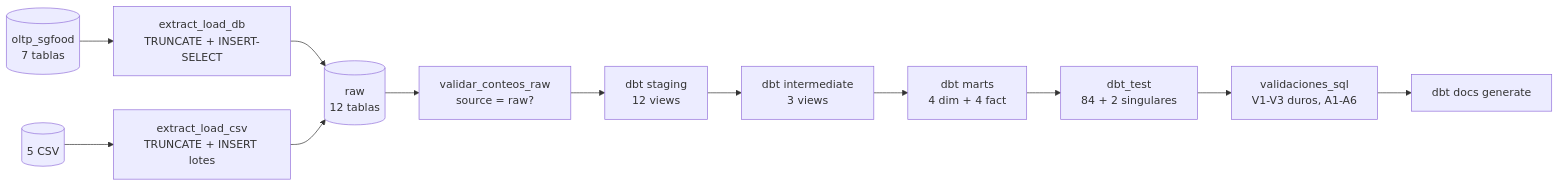
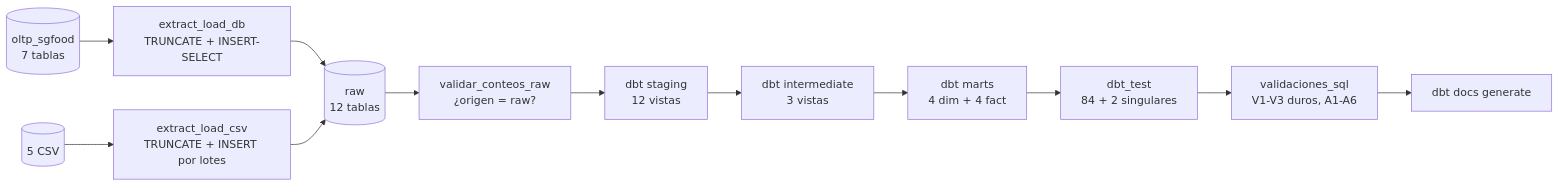
The diagram in Proyecto1/docs/flujo_elt.md (AllVides/SS22S2026_2G), drawn with Mermaid before and after one commit. The commit also changed other lines of this file and 24 other files, not shown here.

````diff
--- a/Proyecto1/docs/flujo_elt.md
+++ b/Proyecto1/docs/flujo_elt.md
@@ -8,14 +13,14 @@
 ```mermaid
 flowchart LR
     OLTP[(oltp_sgfood<br/>7 tablas)] --> EL[extract_load_db<br/>TRUNCATE + INSERT-SELECT]
-    CSV[(5 CSV)] --> EC[extract_load_csv<br/>TRUNCATE + INSERT lotes]
+    CSV[(5 CSV)] --> EC[extract_load_csv<br/>TRUNCATE + INSERT por lotes]
     EL --> RAW[(raw<br/>12 tablas)]
     EC --> RAW
-    RAW --> VC[validar_conteos_raw<br/>source = raw?]
-    VC --> S[dbt staging<br/>12 views]
-    S --> I[dbt intermediate<br/>3 views]
+    RAW --> VC[validar_conteos_raw<br/>¿origen = raw?]
+    VC --> S[dbt staging<br/>12 vistas]
+    S --> I[dbt intermediate<br/>3 vistas]
     I --> M[dbt marts<br/>4 dim + 4 fact]
     M --> T[dbt_test<br/>84 + 2 singulares]
     T --> V[validaciones_sql<br/>V1-V3 duros, A1-A6]
     V --> D[dbt docs generate]
 ```
````
